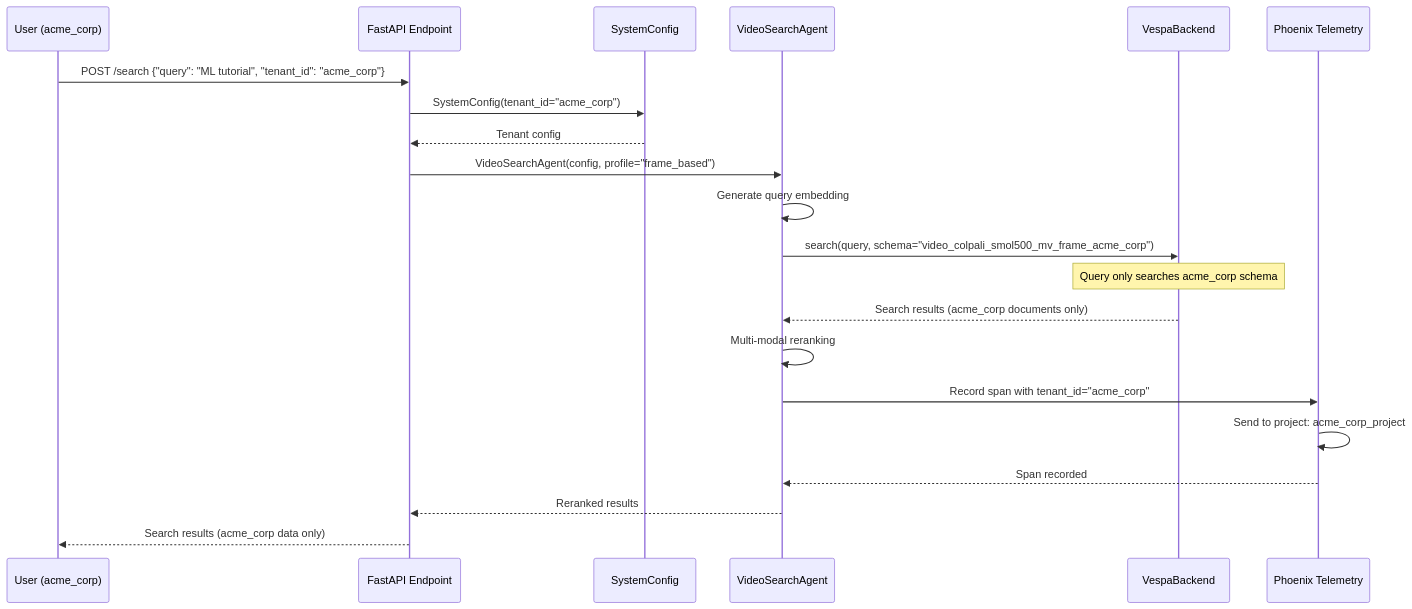
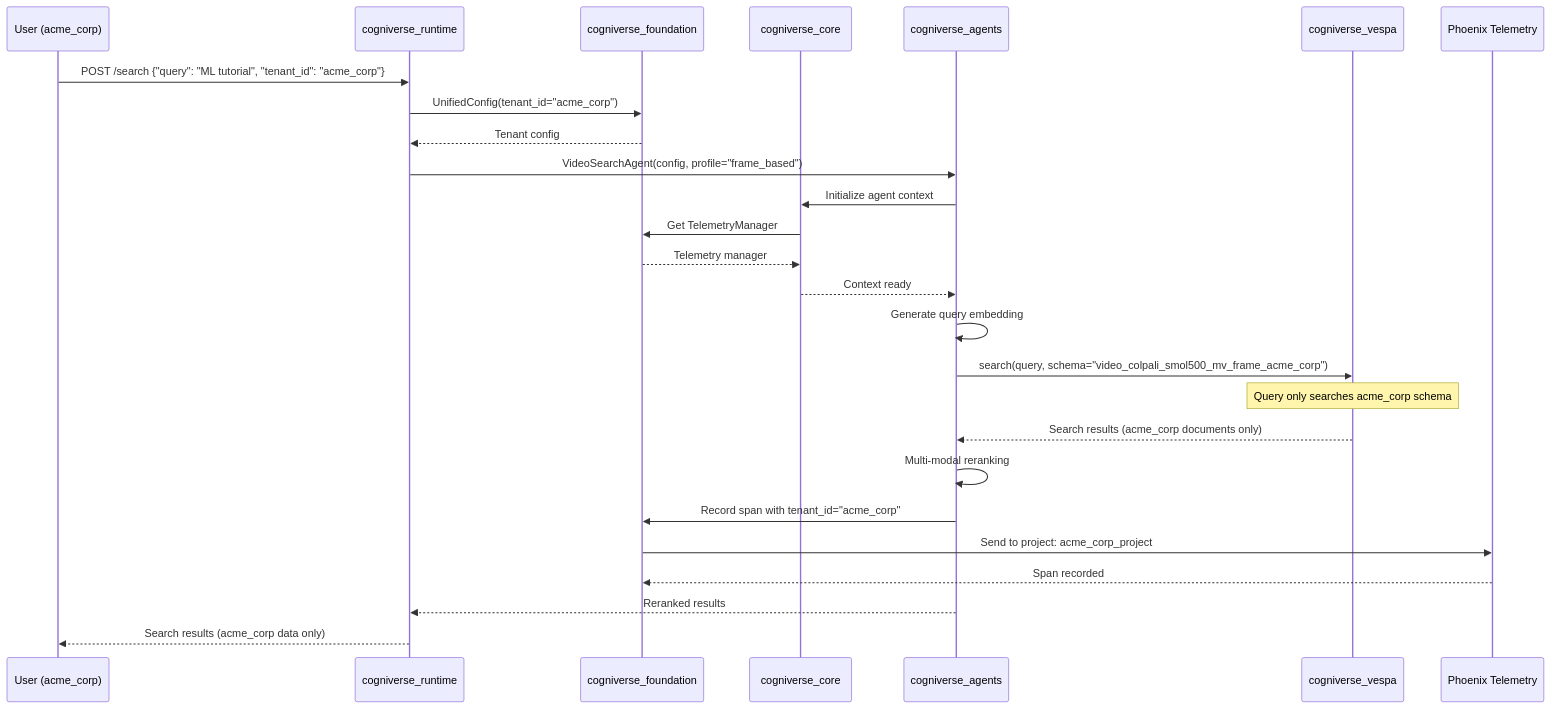
The seventh of 18 diagrams in docs/diagrams/multi-tenant-diagrams.md (amit-jain/cogniverse), drawn with Mermaid before and after one commit. The commit also changed other lines of this file and 49 other files, not shown here.

First line of the commit message:
Update all documentation to reflect 10-package architecture

````diff
--- a/docs/diagrams/multi-tenant-diagrams.md
+++ b/docs/diagrams/multi-tenant-diagrams.md
@@ -294,30 +314,36 @@
 ```mermaid
 sequenceDiagram
     participant User as User (acme_corp)
-    participant API as FastAPI Endpoint
-    participant Config as SystemConfig
-    participant Agent as VideoSearchAgent
-    participant Vespa as VespaBackend
+    participant Runtime as cogniverse_runtime
+    participant Foundation as cogniverse_foundation
+    participant Core as cogniverse_core
+    participant Agents as cogniverse_agents
+    participant Vespa as cogniverse_vespa
     participant Phoenix as Phoenix Telemetry
 
-    User->>API: POST /search {"query": "ML tutorial", "tenant_id": "acme_corp"}
+    User->>Runtime: POST /search {"query": "ML tutorial", "tenant_id": "acme_corp"}
 
-    API->>Config: SystemConfig(tenant_id="acme_corp")
-    Config-->>API: Tenant config
+    Runtime->>Foundation: UnifiedConfig(tenant_id="acme_corp")
+    Foundation-->>Runtime: Tenant config
 
-    API->>Agent: VideoSearchAgent(config, profile="frame_based")
-    Agent->>Agent: Generate query embedding
+    Runtime->>Agents: VideoSearchAgent(config, profile="frame_based")
+    Agents->>Core: Initialize agent context
+    Core->>Foundation: Get TelemetryManager
+    Foundation-->>Core: Telemetry manager
+    Core-->>Agents: Context ready
 
-    Agent->>Vespa: search(query, schema="video_colpali_smol500_mv_frame_acme_corp")
+    Agents->>Agents: Generate query embedding
+
+    Agents->>Vespa: search(query, schema="video_colpali_smol500_mv_frame_acme_corp")
     Note over Vespa: Query only searches acme_corp schema
-    Vespa-->>Agent: Search results (acme_corp documents only)
+    Vespa-->>Agents: Search results (acme_corp documents only)
 
-    Agent->>Agent: Multi-modal reranking
+    Agents->>Agents: Multi-modal reranking
 
-    Agent->>Phoenix: Record span with tenant_id="acme_corp"
-    Phoenix->>Phoenix: Send to project: acme_corp_project
-    Phoenix-->>Agent: Span recorded
+    Agents->>Foundation: Record span with tenant_id="acme_corp"
+    Foundation->>Phoenix: Send to project: acme_corp_project
+    Phoenix-->>Foundation: Span recorded
 
-    Agent-->>API: Reranked results
-    API-->>User: Search results (acme_corp data only)
+    Agents-->>Runtime: Reranked results
+    Runtime-->>User: Search results (acme_corp data only)
 ```
````
